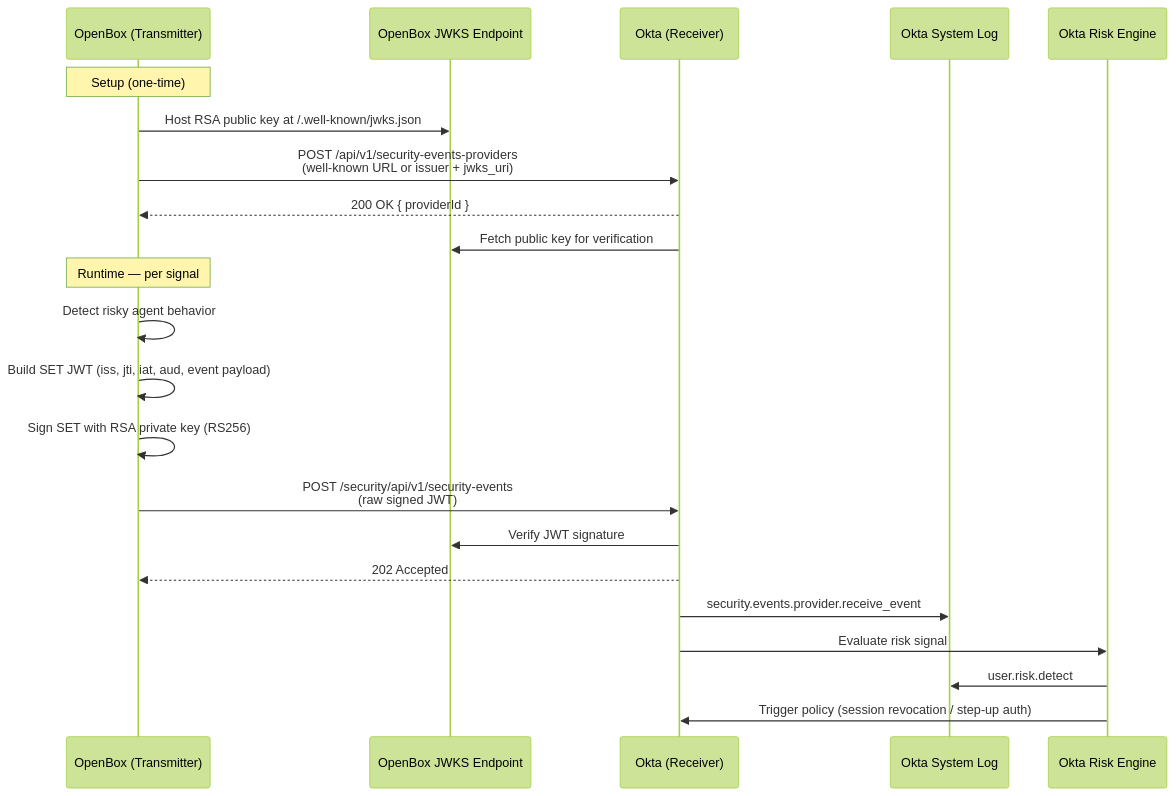
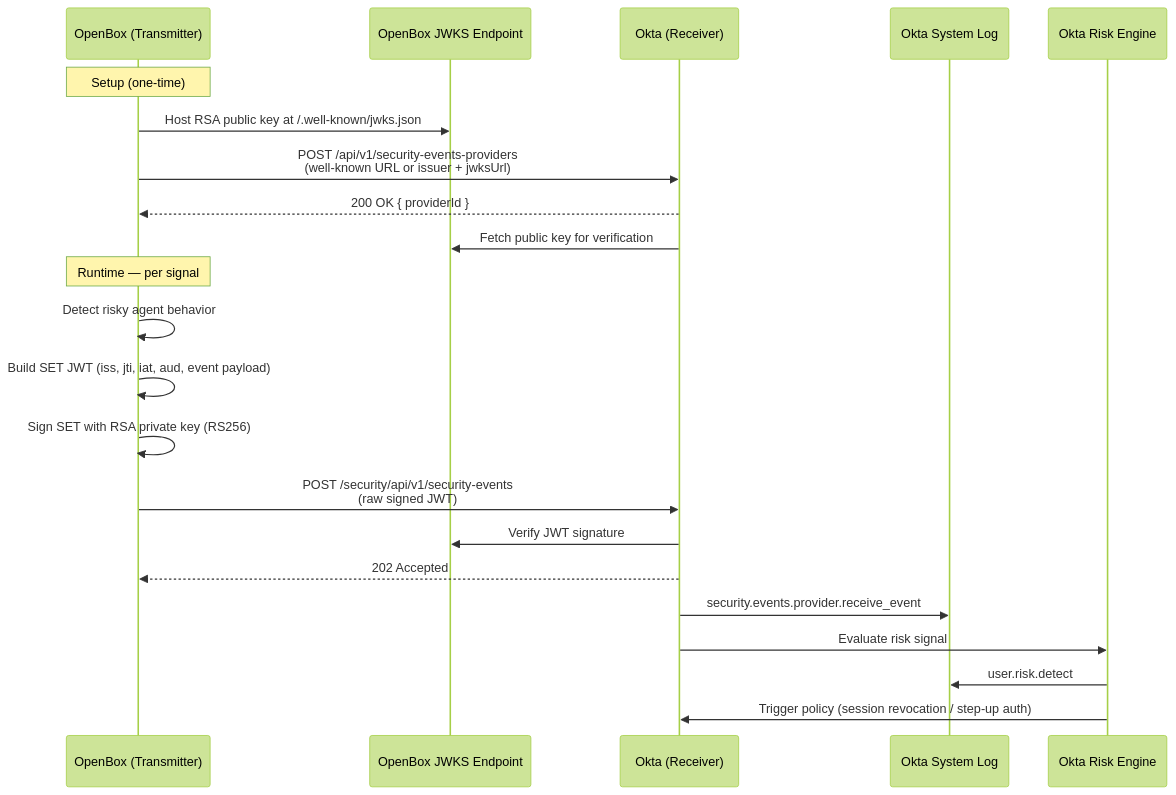
One commit to isemona/okta-ssf-guide changed the diagram in README.md. Above: the diagram before and after it, drawn with Mermaid (forest theme). The commit also changed other lines of this file, not shown here.

````diff
--- a/README.md
+++ b/README.md
@@ -26,26 +26,26 @@
 ```mermaid
 sequenceDiagram
     participant OB as OpenBox (Transmitter)
     participant JWKS as OpenBox JWKS Endpoint
     participant Okta as Okta (Receiver)
     participant Log as Okta System Log
     participant Risk as Okta Risk Engine
 
     Note over OB: Setup (one-time)
     OB->>JWKS: Host RSA public key at /.well-known/jwks.json
-    OB->>Okta: POST /api/v1/security-events-providers<br/>(well-known URL or issuer + jwks_uri)
+    OB->>Okta: POST /api/v1/security-events-providers<br/>(well-known URL or issuer + jwksUrl)
     Okta-->>OB: 200 OK { providerId }
     Okta->>JWKS: Fetch public key for verification
 
     Note over OB: Runtime — per signal
     OB->>OB: Detect risky agent behavior
     OB->>OB: Build SET JWT (iss, jti, iat, aud, event payload)
     OB->>OB: Sign SET with RSA private key (RS256)
     OB->>Okta: POST /security/api/v1/security-events<br/>(raw signed JWT)
     Okta->>JWKS: Verify JWT signature
     Okta-->>OB: 202 Accepted
     Okta->>Log: security.events.provider.receive_event
     Okta->>Risk: Evaluate risk signal
     Risk->>Log: user.risk.detect
     Risk->>Okta: Trigger policy (session revocation / step-up auth)
 ```
````
